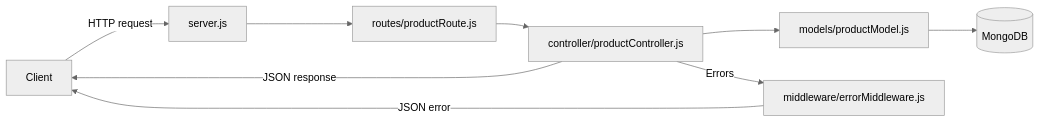
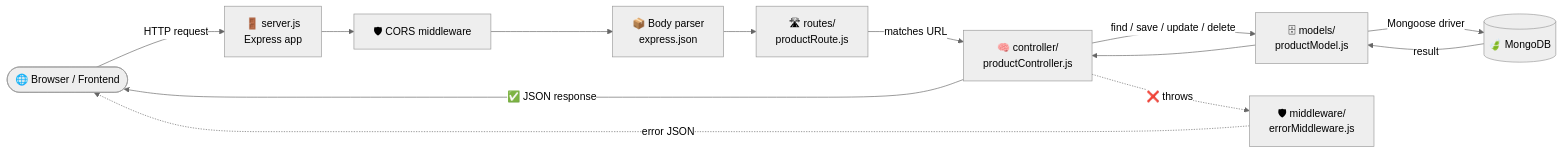
One commit to xami13/simple-CRUD- changed the third of 12 diagrams in README.md. Above: the diagram before and after it, drawn with Mermaid (neutral theme). The commit also changed other lines of this file, not shown here.

````diff
--- a/README.md
+++ b/README.md
@@ -7,11 +185,25 @@
 ```mermaid
 flowchart LR
-    Client -->|HTTP request| Server[server.js]
-    Server --> Router[routes/productRoute.js]
-    Router --> Controller[controller/productController.js]
-    Controller --> Model[models/productModel.js]
-    Model --> DB[(MongoDB)]
-    Controller -->|Errors| Middleware[middleware/errorMiddleware.js]
-    Middleware -->|JSON error| Client
-    Controller -->|JSON response| Client
+    Browser([🌐 Browser / Frontend])
+    Server[🚪 server.js<br/>Express app]
+    Cors[🛡 CORS middleware]
+    Json[📦 Body parser<br/>express.json]
+    Router[🛣 routes/<br/>productRoute.js]
+    Ctrl[🧠 controller/<br/>productController.js]
+    Model[🗄 models/<br/>productModel.js]
+    DB[(🍃 MongoDB)]
+    Err[🛡 middleware/<br/>errorMiddleware.js]
+
+    Browser -->|HTTP request| Server
+    Server --> Cors
+    Cors --> Json
+    Json --> Router
+    Router -->|matches URL| Ctrl
+    Ctrl -->|find / save / update / delete| Model
+    Model -->|Mongoose driver| DB
+    DB -->|result| Model
+    Model --> Ctrl
+    Ctrl -->|✅ JSON response| Browser
+    Ctrl -.->|❌ throws| Err
+    Err -.->|error JSON| Browser
 ```
````
